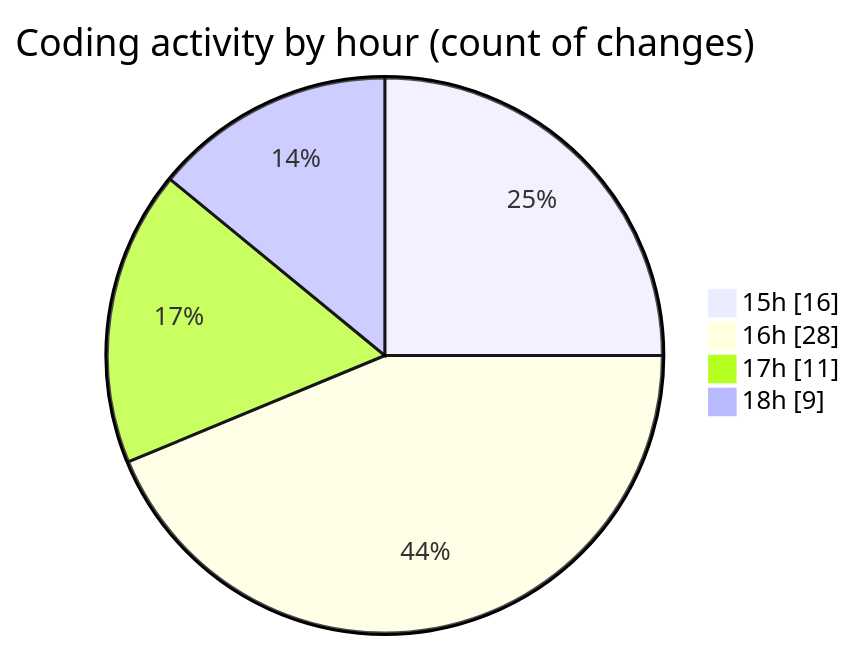
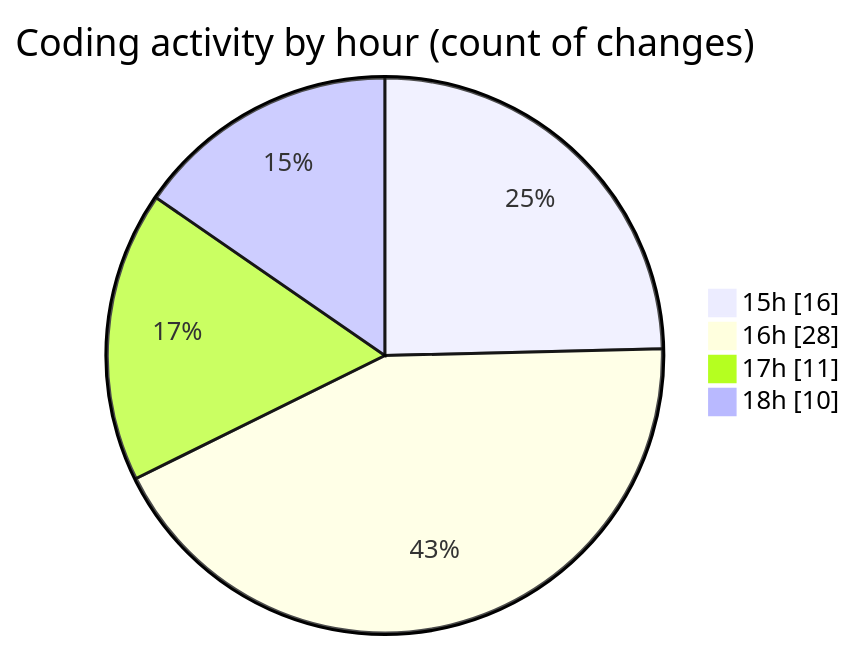
The second of 2 diagrams in 2025-10-01/oura-api/README.md (mevix1/code-tracking), drawn with Mermaid before and after one commit. The commit also changed other lines of this file and 1 other file, not shown here.

````diff
--- a/2025-10-01/oura-api/README.md
+++ b/2025-10-01/oura-api/README.md
@@ -70,8 +71,8 @@
 ```mermaid
 pie showData
 title Coding activity by hour (count of changes)
 "15h" : 16
 "16h" : 28
 "17h" : 11
-"18h" : 9
+"18h" : 10
 ```
````
